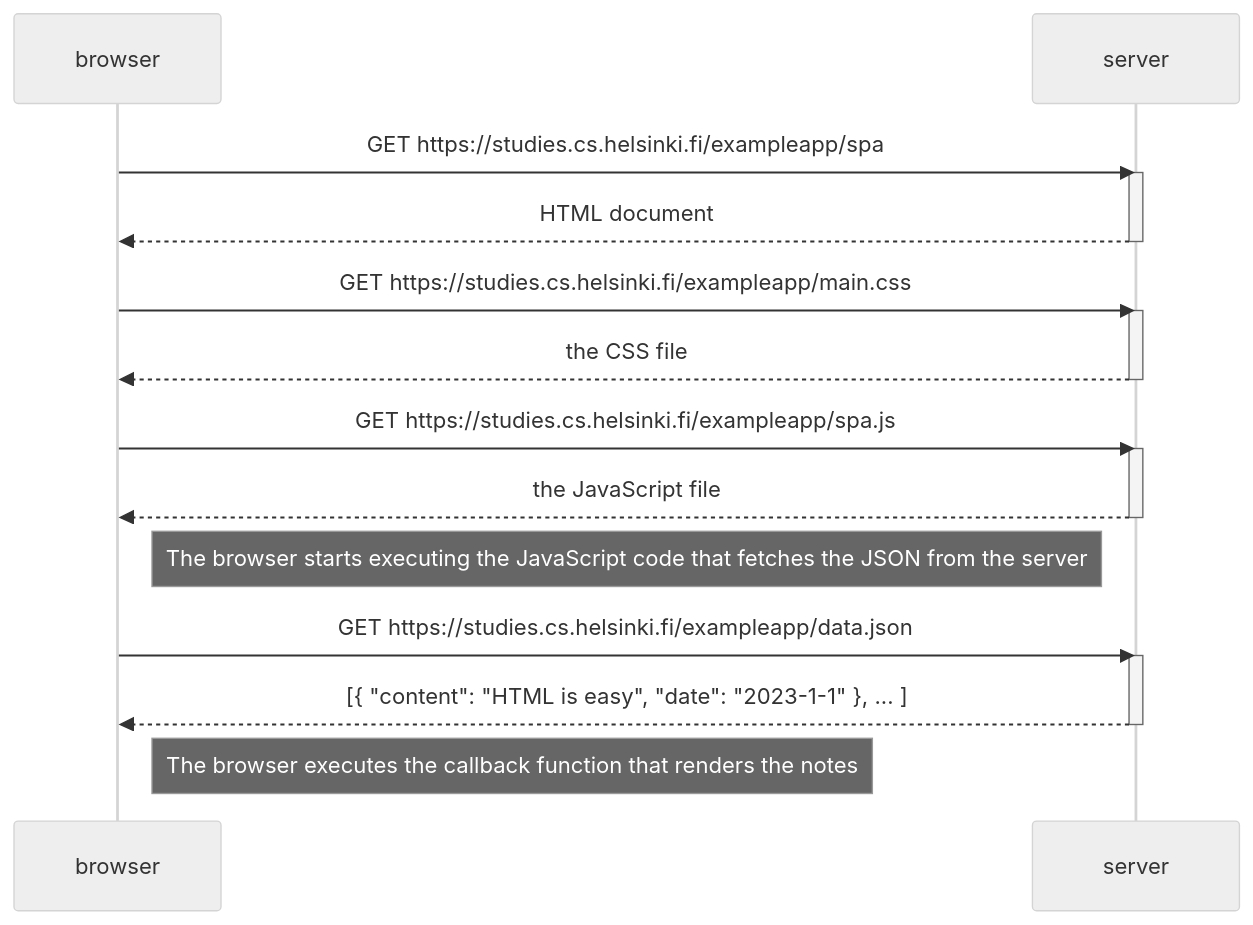
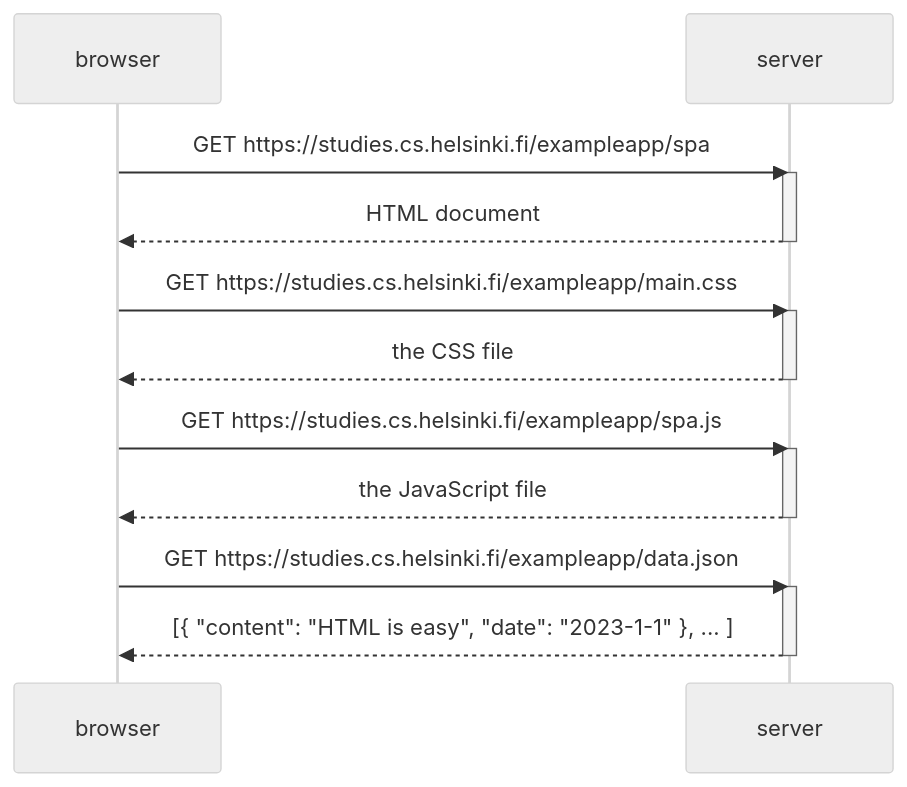
Before and after one commit to ivantko/FSO: the diagram in part0.5.md, drawn with Mermaid (neutral theme).

````diff
--- a/part0.5.md
+++ b/part0.5.md
@@ -1,29 +1,26 @@
 ```mermaid
 sequenceDiagram
     participant browser
     participant server
 
     browser->>server: GET https://studies.cs.helsinki.fi/exampleapp/spa
     activate server
     server-->>browser: HTML document
     deactivate server
 
     browser->>server: GET https://studies.cs.helsinki.fi/exampleapp/main.css
     activate server
     server-->>browser: the CSS file
     deactivate server
 
     browser->>server: GET https://studies.cs.helsinki.fi/exampleapp/spa.js
     activate server
     server-->>browser: the JavaScript file
     deactivate server
 
-    Note right of browser: The browser starts executing the JavaScript code that fetches the JSON from the server
 
     browser->>server: GET https://studies.cs.helsinki.fi/exampleapp/data.json
     activate server
     server-->>browser: [{ "content": "HTML is easy", "date": "2023-1-1" }, ... ]
     deactivate server
-
-    Note right of browser: The browser executes the callback function that renders the notes
 ```
````
